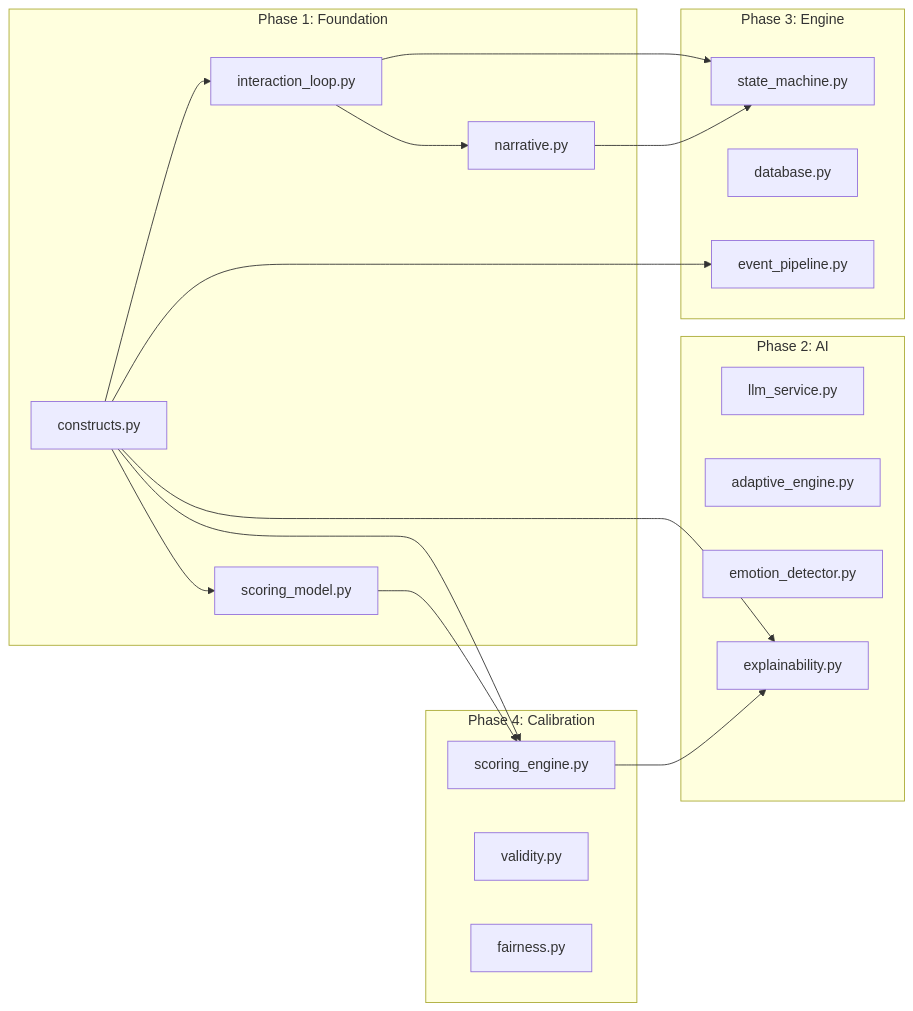
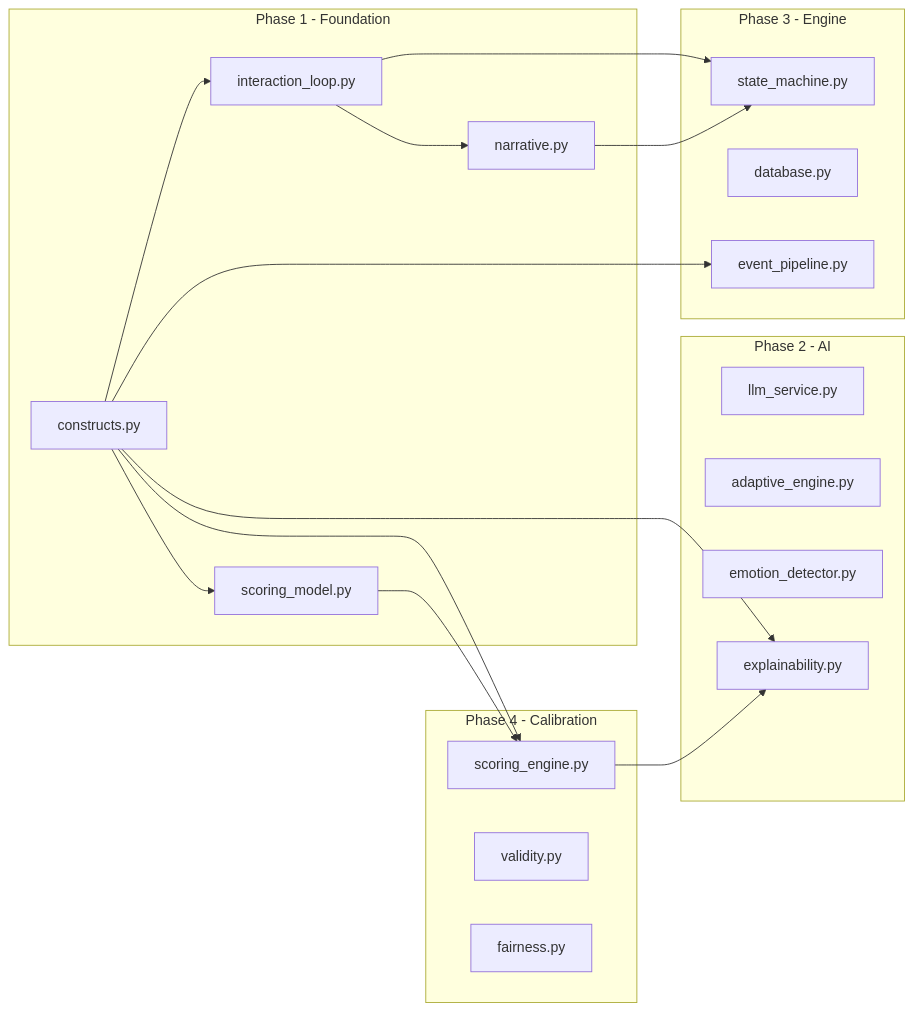
One commit to Het-Shah21/AI-PSYCHOMETRIC-ASSESSMENT-PROJECT changed the third of 3 diagrams in docs/ARCHITECTURE.md. Above: the diagram before and after it, drawn with Mermaid. The commit also changed other lines of this file, not shown here.

Commit message:
fix: ARCHITECTURE.md - correct indicator count (34), fix Mermaid syntax, add tech stack table and scoring pipeline diagram

````diff
--- a/docs/ARCHITECTURE.md
+++ b/docs/ARCHITECTURE.md
@@ -132,35 +138,35 @@
 ```mermaid
 graph LR
-    subgraph Phase1["Phase 1: Foundation"]
-        C[constructs.py] --> IL[interaction_loop.py]
-        C --> SM[scoring_model.py]
-        IL --> N[narrative.py]
+    subgraph Phase1["Phase 1 - Foundation"]
+        C["constructs.py"] --> IL["interaction_loop.py"]
+        C --> SM_P1["scoring_model.py"]
+        IL --> N["narrative.py"]
     end
     
-    subgraph Phase2["Phase 2: AI"]
-        LLM[llm_service.py]
-        AE[adaptive_engine.py]
-        ED[emotion_detector.py]
-        EX[explainability.py]
+    subgraph Phase2["Phase 2 - AI"]
+        LLM_M["llm_service.py"]
+        AE["adaptive_engine.py"]
+        ED["emotion_detector.py"]
+        EX["explainability.py"]
     end
     
-    subgraph Phase3["Phase 3: Engine"]
-        FSM[state_machine.py]
-        DB[database.py]
-        EP[event_pipeline.py]
+    subgraph Phase3["Phase 3 - Engine"]
+        FSM["state_machine.py"]
+        DB_M["database.py"]
+        EP["event_pipeline.py"]
     end
     
-    subgraph Phase4["Phase 4: Calibration"]
-        SE[scoring_engine.py]
-        VA[validity.py]
-        FA[fairness.py]
+    subgraph Phase4["Phase 4 - Calibration"]
+        SE["scoring_engine.py"]
+        VA["validity.py"]
+        FA["fairness.py"]
     end
     
     C --> EX
     C --> SE
     C --> EP
-    SM --> SE
+    SM_P1 --> SE
     IL --> FSM
     N --> FSM
     SE --> EX
 ```
````
